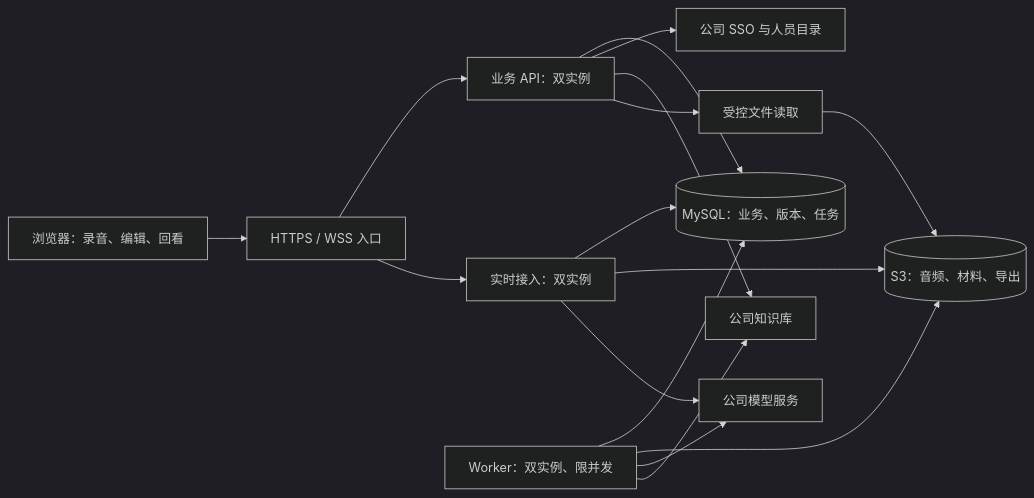
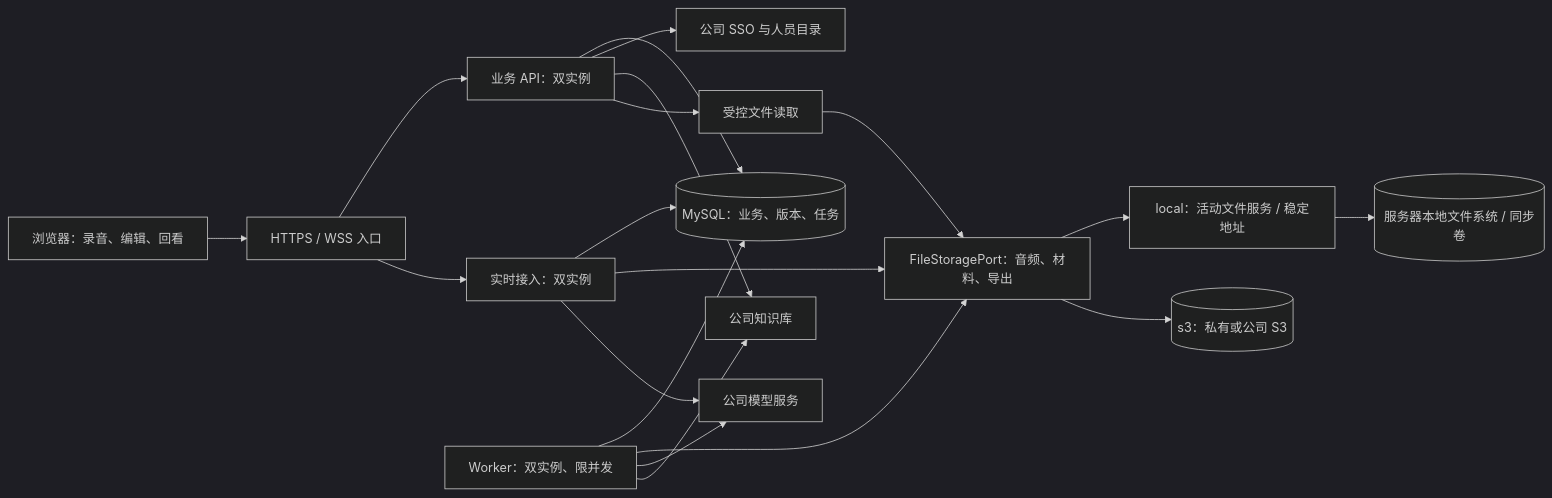
The first of 2 diagrams in docs/superpowers/specs/2026-10-21-ama-architecture-design.md (CodeTch/ama), drawn with Mermaid (dark theme) before and after one commit. The commit also changed other lines of this file and 2 other files, not shown here.

Commit message:
docs: support local filesystem and S3 storage backends

````diff
--- a/docs/superpowers/specs/2026-10-21-ama-architecture-design.md
+++ b/docs/superpowers/specs/2026-10-21-ama-architecture-design.md
@@ -63,18 +66,21 @@
 ```mermaid
 flowchart LR
     Web[浏览器：录音、编辑、回看] --> Edge[HTTPS / WSS 入口]
     Edge --> API[业务 API：双实例]
     Edge --> RT[实时接入：双实例]
     API --> DB[(MySQL：业务、版本、任务)]
     RT --> DB
-    RT --> S3[(S3：音频、材料、导出)]
+    RT --> Storage[FileStoragePort：音频、材料、导出]
     Worker[Worker：双实例、限并发] --> DB
-    Worker --> S3
+    Worker --> Storage
     RT --> Models[公司模型服务]
     Worker --> Models
     API --> Identity[公司 SSO 与人员目录]
     API --> KB[公司知识库]
     Worker --> KB
     API --> Media[受控文件读取]
-    Media --> S3
+    Media --> Storage
+    Storage --> Local[local：活动文件服务 / 稳定地址]
+    Local --> Disk[(服务器本地文件系统 / 同步卷)]
+    Storage --> S3[(s3：私有或公司 S3)]
 ```
````
